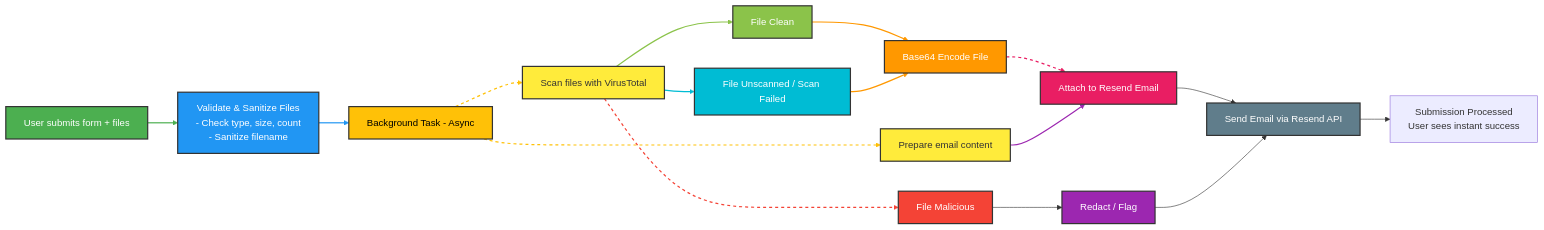
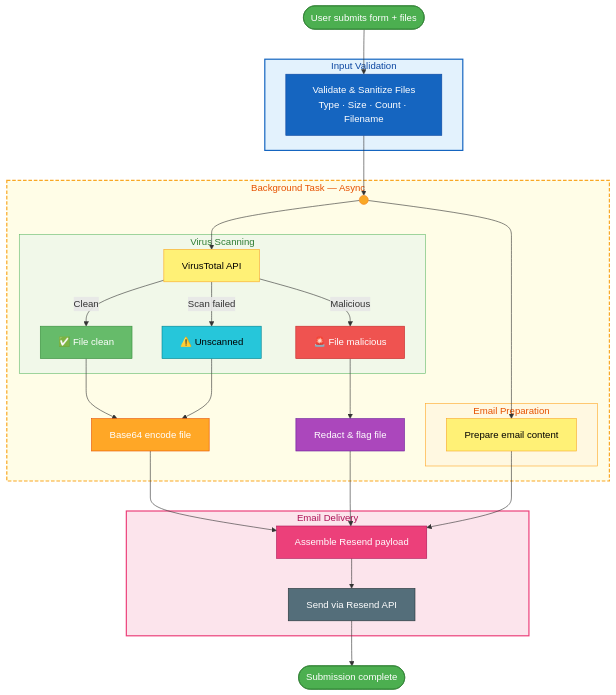
One commit to A2p3kt/fastapi-vt-mail changed the diagram in README.md. Above: the diagram before and after it, drawn with Mermaid.

Commit message:
improved diagram

````diff
--- a/README.md
+++ b/README.md
@@ -34,50 +34,57 @@
 ```mermaid
-graph LR
-    A[User submits form + files] --> B[Validate & Sanitize Files<br/>- Check type, size, count<br/>- Sanitize filename]
+graph TD
+A([User submits form + files]) --> B
 
-    B --> C[Background Task - Async]
-    C --> C2[Prepare email content]
-    C --> C1[Scan files with VirusTotal]
+subgraph validation["Input Validation"]
+B["Validate & Sanitize Files
+Type · Size · Count · Filename"]
+end
 
-    C1 --> D[File Clean]
-    C1 --> E[File Malicious]
-    C1 --> F[File Unscanned / Scan Failed]
+B --> C
 
-    D --> G2[Base64 Encode File]
-    F --> G2
-    G2 --> G[Attach to Resend Email]
-    C2 --> G
-    E --> H[Redact / Flag]
+subgraph async["Background Task — Async"]
+C(( )) --> C1 & C2
 
-    G --> I[Send Email via Resend API]
-    H --> I
+subgraph scan["Virus Scanning"]
+C1["VirusTotal API"]
+C1 -->|Clean| D["✅ File clean"]
+C1 -->|Malicious| E["🚨 File malicious"]
+C1 -->|Scan failed| F["⚠️ Unscanned"]
+end
 
-    I --> J[Submission Processed<br/>User sees instant success]
+subgraph prepare["Email Preparation"]
+C2["Prepare email content"]
+end
 
-    %% Node Styles
-    style A fill:#4CAF50,stroke:#333,stroke-width:2px,color:#fff
-    style B fill:#2196F3,stroke:#333,stroke-width:2px,color:#fff
-    style C fill:#FFC107,stroke:#333,stroke-width:2px,color:#000
-    style C1 fill:#FFEB3B,stroke:#333,stroke-width:2px
-    style C2 fill:#FFEB3B,stroke:#333,stroke-width:2px
-    style D fill:#8BC34A,stroke:#333,stroke-width:2px,color:#fff
-    style E fill:#F44336,stroke:#333,stroke-width:2px,color:#fff
-    style F fill:#00BCD4,stroke:#333,stroke-width:2px,color:#fff
-    style G2 fill:#FF9800,stroke:#333,stroke-width:2px,color:#fff
-    style G fill:#E91E63,stroke:#333,stroke-width:2px,color:#fff
-    style H fill:#9C27B0,stroke:#333,stroke-width:2px,color:#fff
-    style I fill:#607D8B,stroke:#333,stroke-width:2px,color:#fff
+D & F --> G2["Base64 encode file"]
+E --> H["Redact & flag file"]
+end
 
-    %% Arrow Styles
-    linkStyle 0 stroke:#4CAF50,stroke-width:2px
-    linkStyle 1 stroke:#2196F3,stroke-width:2px
-    linkStyle 2 stroke:#FFC107,stroke-width:2px,stroke-dasharray: 5,5
-    linkStyle 3 stroke:#FFC107,stroke-width:2px,stroke-dasharray: 5,5
-    linkStyle 4 stroke:#8BC34A,stroke-width:2px
-    linkStyle 5 stroke:#F44336,stroke-width:2px,stroke-dasharray: 5,5
-    linkStyle 6 stroke:#00BCD4,stroke-width:2px
-    linkStyle 7 stroke:#FF9800,stroke-width:2px
-    linkStyle 8 stroke:#FF9800,stroke-width:2px
-    linkStyle 9 stroke:#E91E63,stroke-width:2px,stroke-dasharray: 5,5
-    linkStyle 10 stroke:#9C27B0,stroke-width:2px
+subgraph delivery["Email Delivery"]
+G2 & H & C2 --> G["Assemble Resend payload"]
+G --> I["Send via Resend API"]
+end
+
+I --> J([Submission complete])
+
+%% Styles
+style A fill:#4CAF50,color:#fff,stroke:#2E7D32
+style J fill:#4CAF50,color:#fff,stroke:#2E7D32
+style B fill:#1565C0,color:#fff,stroke:#0D47A1
+style C fill:#F9A825,color:#000,stroke:#F57F17
+style C1 fill:#FFF176,color:#000,stroke:#F9A825
+style C2 fill:#FFF176,color:#000,stroke:#F9A825
+style D fill:#66BB6A,color:#fff,stroke:#388E3C
+style E fill:#EF5350,color:#fff,stroke:#C62828
+style F fill:#26C6DA,color:#000,stroke:#00838F
+style G2 fill:#FFA726,color:#fff,stroke:#E65100
+style H fill:#AB47BC,color:#fff,stroke:#6A1B9A
+style G fill:#EC407A,color:#fff,stroke:#AD1457
+style I fill:#546E7A,color:#fff,stroke:#263238
+
+style validation fill:#E3F2FD,stroke:#1565C0,stroke-width:2px,color:#0D47A1
+style async fill:#FFFDE7,stroke:#F9A825,stroke-width:2px,stroke-dasharray:6 3,color:#E65100
+style scan fill:#F1F8E9,stroke:#66BB6A,stroke-width:1px,color:#2E7D32
+style prepare fill:#FFF8E1,stroke:#FFA726,stroke-width:1px,color:#E65100
+style delivery fill:#FCE4EC,stroke:#EC407A,stroke-width:2px,color:#AD1457
 ```
````
